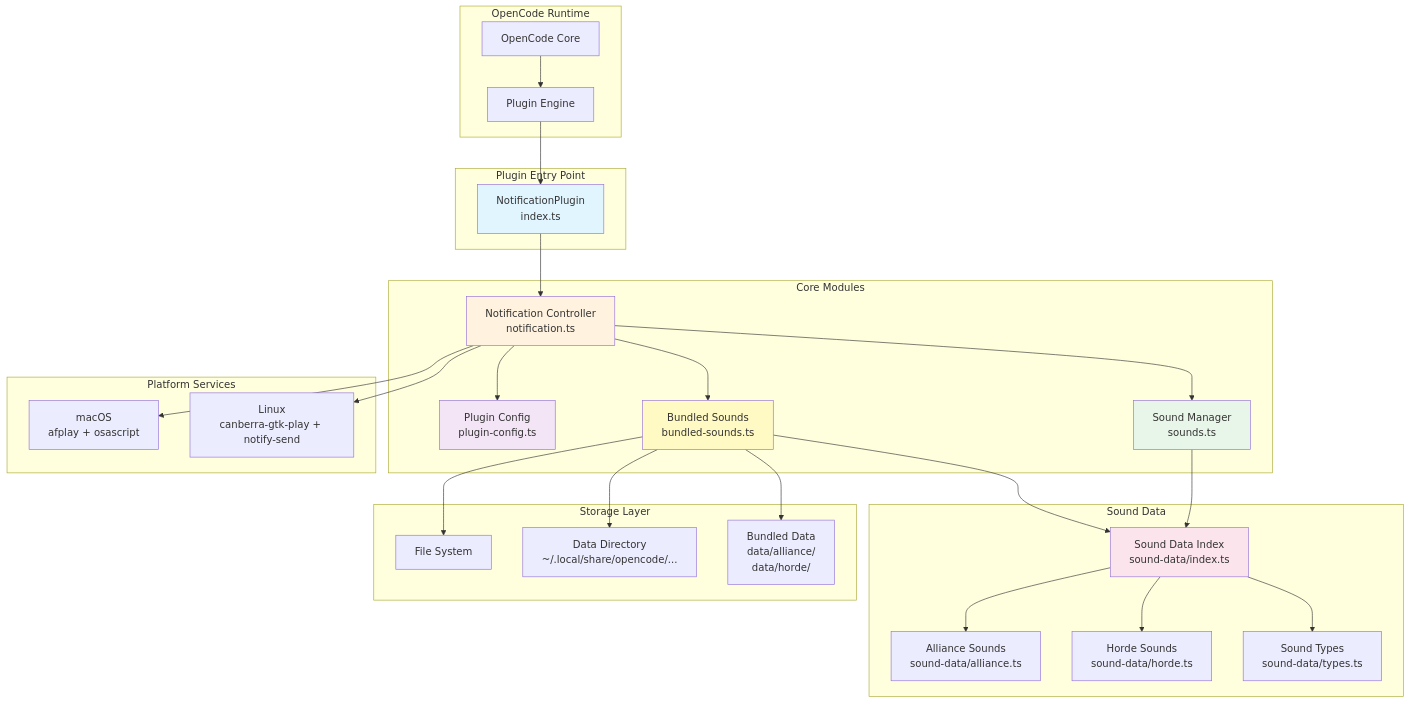
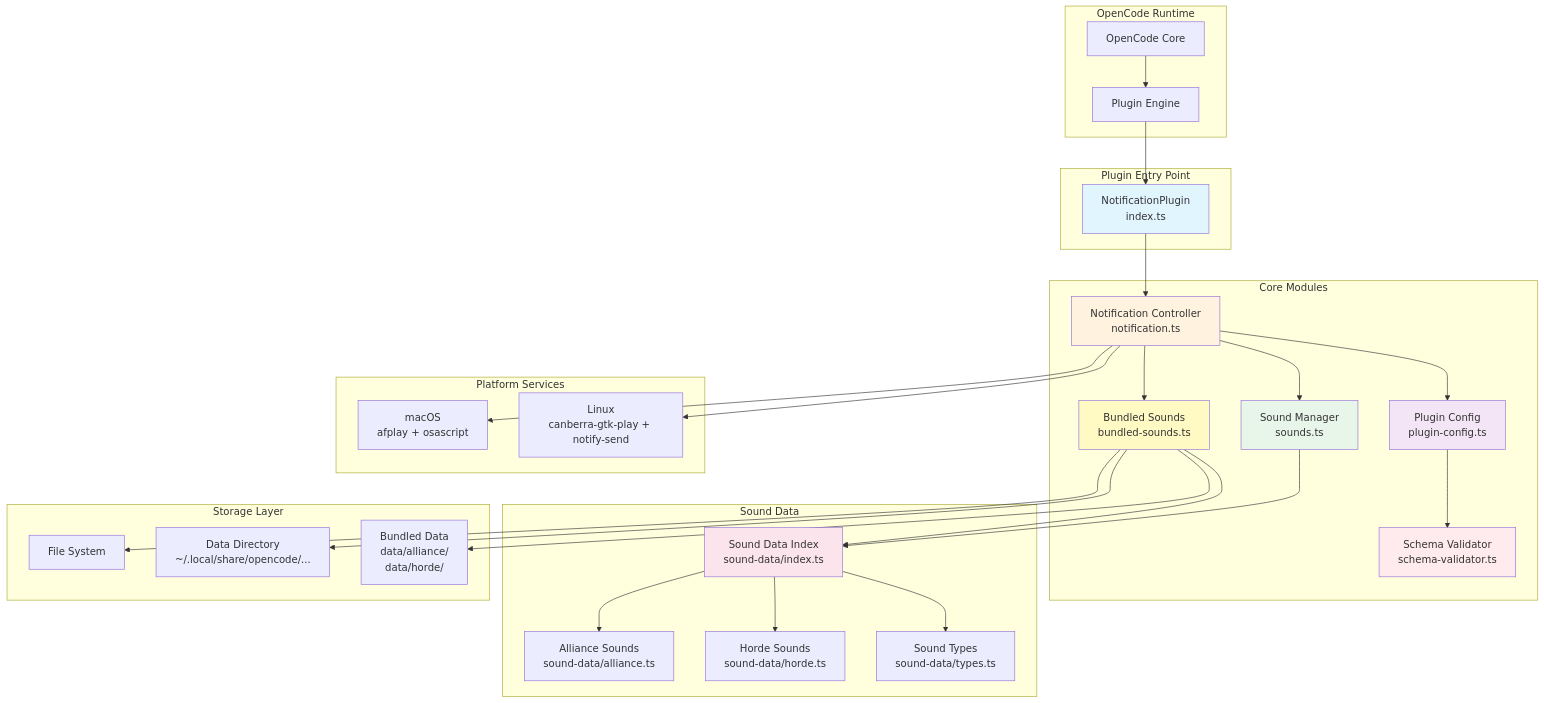
Before and after one commit to pantheon-org/opencode-warcraft-notifications: the first of 18 diagrams in docs/ARCHITECTURE.md, drawn with Mermaid. The commit also changed other lines of this file and 9 other files, not shown here.

First line of the commit message:
feat(config): Add runtime JSON schema validation for plugin.json (#45)

````diff
--- a/docs/ARCHITECTURE.md
+++ b/docs/ARCHITECTURE.md
@@ -9,60 +9,63 @@
 ```mermaid
 graph TB
     subgraph "OpenCode Runtime"
         OC[OpenCode Core]
         PE[Plugin Engine]
     end
 
     subgraph "Plugin Entry Point"
         NP[NotificationPlugin<br/>index.ts]
     end
 
     subgraph "Core Modules"
         NC[Notification Controller<br/>notification.ts]
+        SV[Schema Validator<br/>schema-validator.ts]
         PC[Plugin Config<br/>plugin-config.ts]
         SM[Sound Manager<br/>sounds.ts]
         BS[Bundled Sounds<br/>bundled-sounds.ts]
     end
 
     subgraph "Sound Data"
         SD[Sound Data Index<br/>sound-data/index.ts]
         AS[Alliance Sounds<br/>sound-data/alliance.ts]
         HS[Horde Sounds<br/>sound-data/horde.ts]
         ST[Sound Types<br/>sound-data/types.ts]
     end
 
     subgraph "Storage Layer"
         FS[File System]
         DD[Data Directory<br/>~/.local/share/opencode/...]
         BD[Bundled Data<br/>data/alliance/<br/>data/horde/]
     end
 
     subgraph "Platform Services"
         MAC[macOS<br/>afplay + osascript]
         LIN[Linux<br/>canberra-gtk-play + notify-send]
     end
 
     OC --> PE
     PE --> NP
     NP --> NC
     NC --> PC
+    PC --> SV
     NC --> SM
     NC --> BS
     SM --> SD
     BS --> SD
     SD --> AS
     SD --> HS
     SD --> ST
     BS --> FS
     BS --> DD
     BS --> BD
     NC --> MAC
     NC --> LIN
 
     style NP fill:#e1f5ff
     style NC fill:#fff3e0
+    style SV fill:#ffebee
     style PC fill:#f3e5f5
     style SM fill:#e8f5e9
     style BS fill:#fff9c4
     style SD fill:#fce4ec
 ```
````
